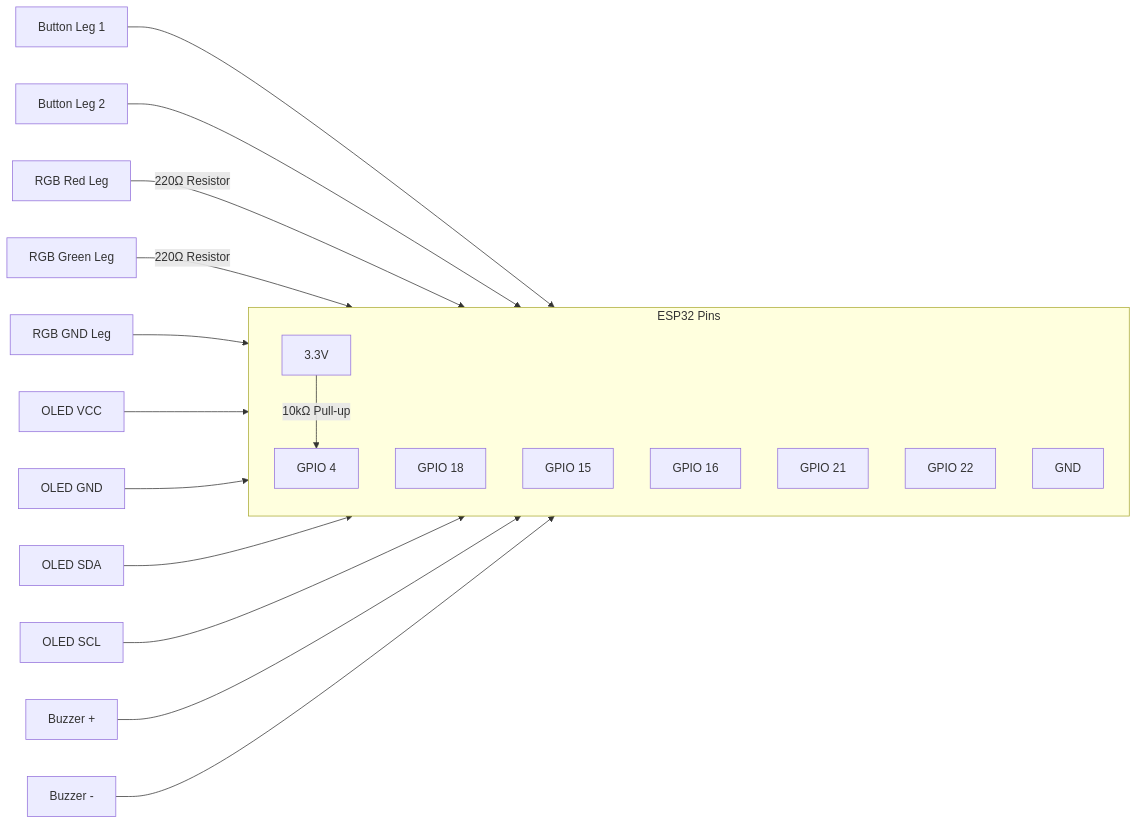
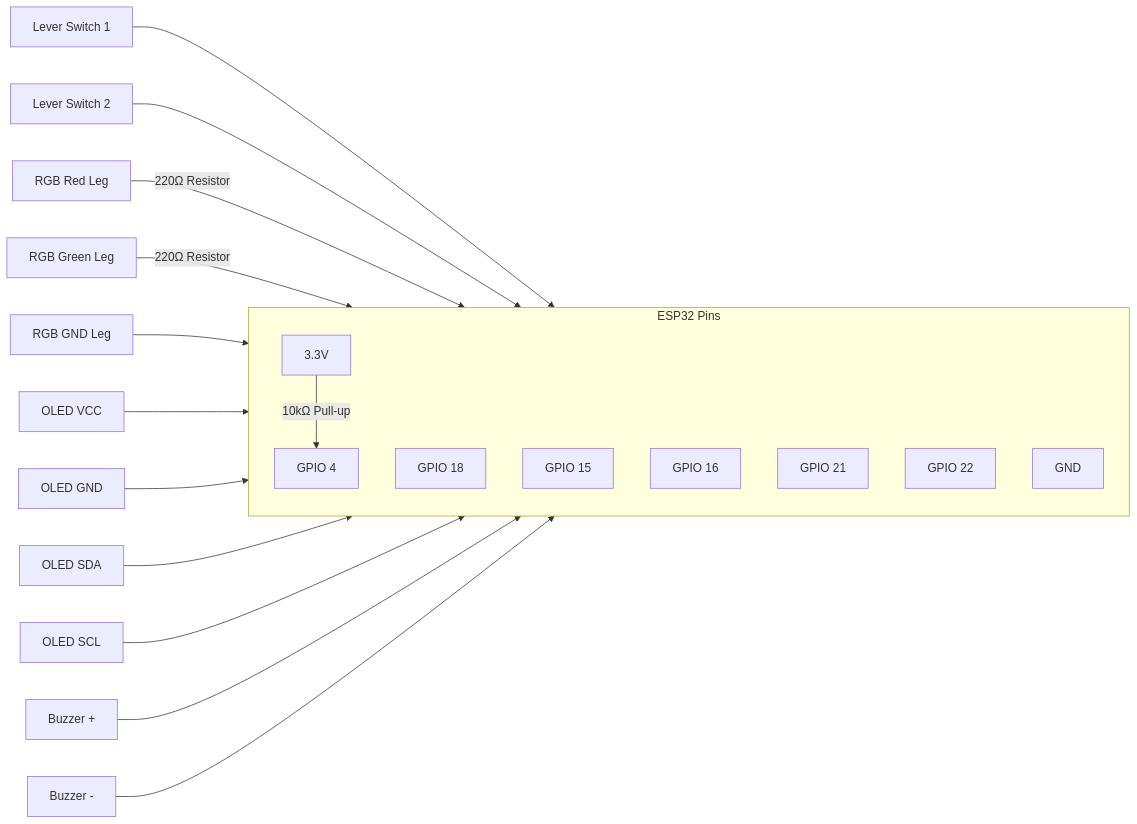
Before and after one commit to anzinmhd/esp32-trading-killswitch: the diagram in docs/setup.md, drawn with Mermaid. The commit also changed other lines of this file and 7 other files, not shown here.

````diff
--- a/docs/setup.md
+++ b/docs/setup.md
@@ -99,35 +109,35 @@
 ```mermaid
 flowchart LR
     %% ESP32 Pins
     subgraph ESP32["ESP32 Pins"]
         direction TB
         G4[GPIO 4]
         G18[GPIO 18]
         G15[GPIO 15]
         G16[GPIO 16]
         G21[GPIO 21]
         G22[GPIO 22]
         V33[3.3V]
         GND[GND]
     end
 
     %% Button
-    Btn[Button Leg 1] --> G4
-    BtnG[Button Leg 2] --> GND
+    Btn[Lever Switch 1] --> G4
+    BtnG[Lever Switch 2] --> GND
     V33 -- "10kΩ Pull-up" --> G4
 
     %% LED
     LEDR[RGB Red Leg] -- "220Ω Resistor" --> G15
     LEDG[RGB Green Leg] -- "220Ω Resistor" --> G16
     LEDGND[RGB GND Leg] --> GND
 
     %% OLED
     OLED_V[OLED VCC] --> V33
     OLED_G[OLED GND] --> GND
     OLED_SDA[OLED SDA] --> G21
     OLED_SCL[OLED SCL] --> G22
 
     %% Buzzer
     BuzzP[Buzzer +] --> G18
     BuzzN[Buzzer -] --> GND
 ```
````
